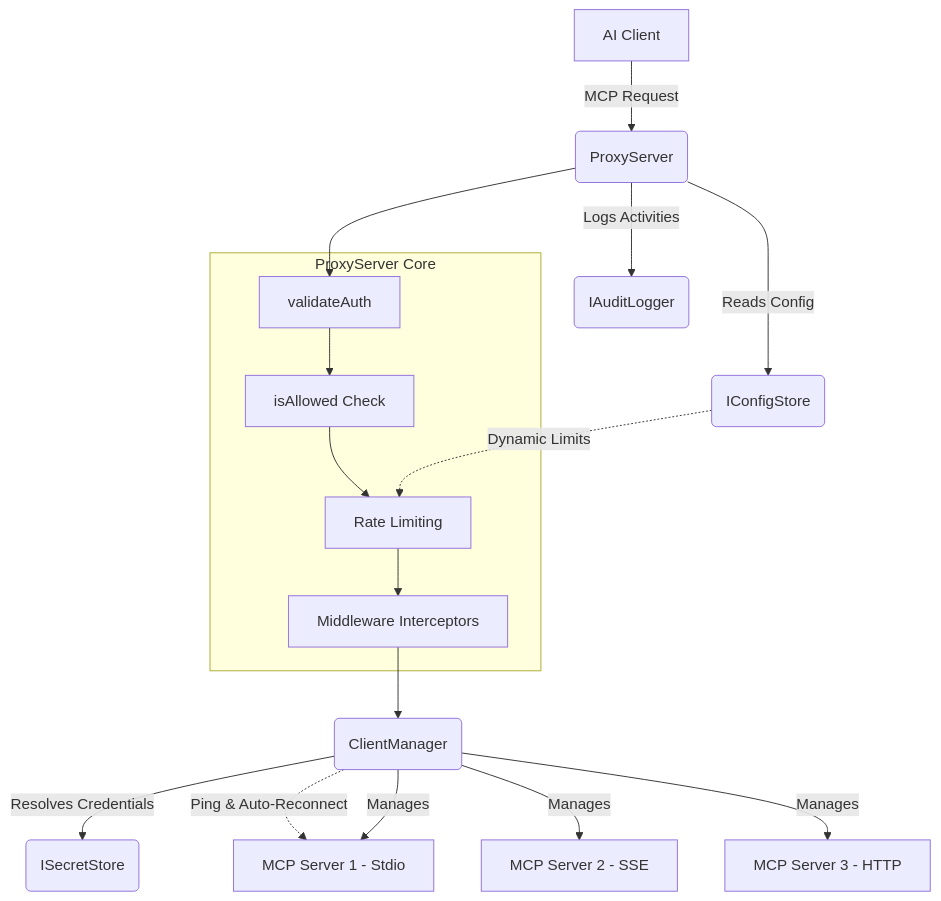
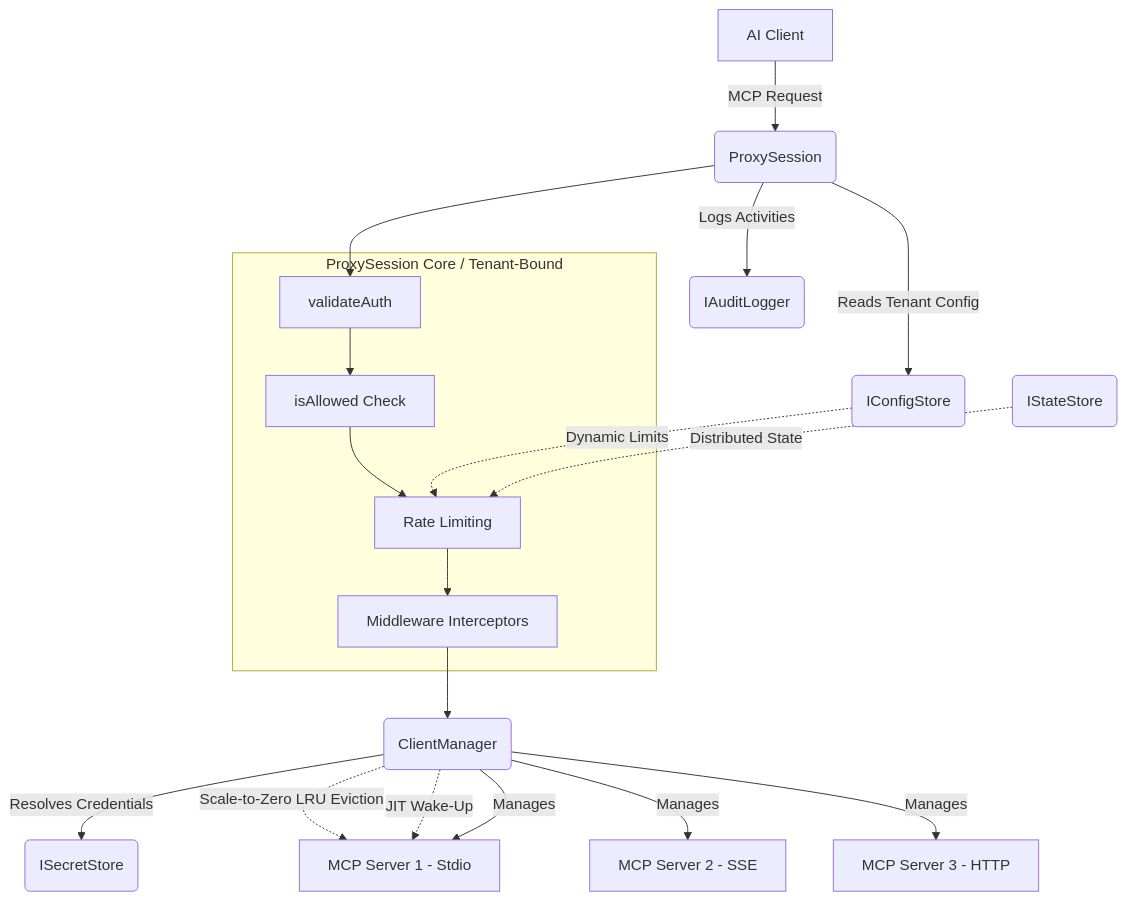
Before and after one commit to Cyber-Sec-Space/aag-core: the first of 2 diagrams in ARCHITECTURE.md, drawn with Mermaid. The commit also changed other lines of this file and 5 other files, not shown here.

Commit message:
chore(release): v2.0.0 SaaS Architecture, JIT Polling, Re-drawn Diagrams

````diff
--- a/ARCHITECTURE.md
+++ b/ARCHITECTURE.md
@@ -20,27 +20,30 @@
 ```mermaid
 graph TD
-    Client[AI Client] -->|MCP Request| Proxy(ProxyServer)
+    Client[AI Client] -->|MCP Request| Proxy(ProxySession)
     
-    subgraph ProxyInternal [ProxyServer Core]
+    subgraph ProxyInternal [ProxySession Core / Tenant-Bound]
         Auth[validateAuth]
         RBAC[isAllowed Check]
         RL[Rate Limiting]
         MW[Middleware Interceptors]
     end
     
     Proxy --> Auth
     Auth --> RBAC
     RBAC --> RL
     RL --> MW
     MW --> CM(ClientManager)
     
-    Proxy -->|Reads Config| Config(IConfigStore)
+    Proxy -->|Reads Tenant Config| Config(IConfigStore)
     Proxy -->|Logs Activities| Logger(IAuditLogger)
+    
     Config -.->|Dynamic Limits| RL
+    State(IStateStore) -.->|Distributed State| RL
     
     CM -->|Resolves Credentials| Secrets(ISecretStore)
-    CM -.->|Ping & Auto-Reconnect| Downstream1
+    CM -.->|Scale-to-Zero LRU Eviction| Downstream1
+    CM -.->|JIT Wake-Up| Downstream1
     CM -->|Manages| Downstream1[MCP Server 1 - Stdio]
     CM -->|Manages| Downstream2[MCP Server 2 - SSE]
     CM -->|Manages| Downstream3[MCP Server 3 - HTTP]
 ```
````
